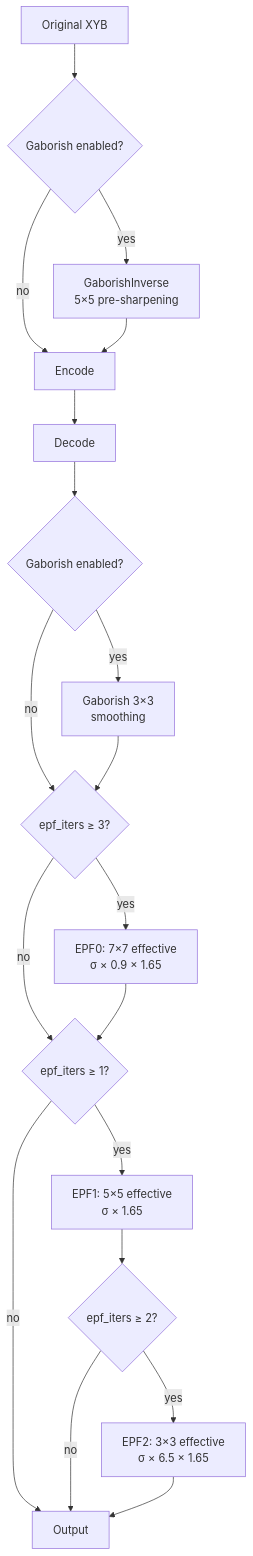
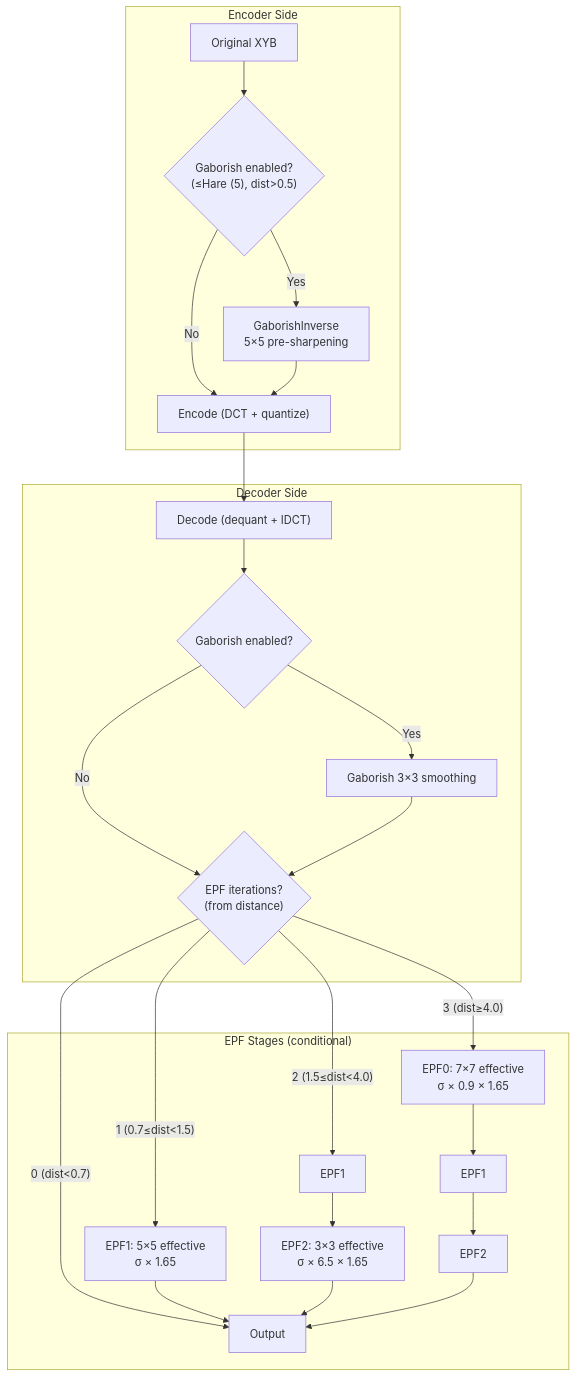
The diagram in docs/src/perceptual/gaborish.md (imazen/libjxl), drawn with Mermaid before and after one commit. The commit also changed 6 other files, not shown here.

First line of the commit message:
docs: fix 7 Mermaid diagrams to show loops, subgraphs, and decisions

````diff
--- a/docs/src/perceptual/gaborish.md
+++ b/docs/src/perceptual/gaborish.md
@@ -3,21 +3,25 @@
 ```mermaid
 flowchart TD
-    ORIG["Original XYB"] --> GINV{"Gaborish enabled?"}
-    GINV -->|yes| SHARP["GaborishInverse<br/>5×5 pre-sharpening"]
-    GINV -->|no| ENC["Encode"]
-    SHARP --> ENC
-    ENC --> DEC["Decode"]
-    DEC --> GAB{"Gaborish enabled?"}
-    GAB -->|yes| SMOOTH["Gaborish 3×3<br/>smoothing"]
-    GAB -->|no| EPF0
-    SMOOTH --> EPF0{"epf_iters ≥ 3?"}
-    EPF0 -->|yes| E0["EPF0: 7×7 effective<br/>σ × 0.9 × 1.65"]
-    EPF0 -->|no| EPF1
-    E0 --> EPF1{"epf_iters ≥ 1?"}
-    EPF1 -->|yes| E1["EPF1: 5×5 effective<br/>σ × 1.65"]
-    EPF1 -->|no| OUT["Output"]
-    E1 --> EPF2{"epf_iters ≥ 2?"}
-    EPF2 -->|yes| E2["EPF2: 3×3 effective<br/>σ × 6.5 × 1.65"]
-    EPF2 -->|no| OUT
-    E2 --> OUT
+    subgraph "Encoder Side"
+        ORIG["Original XYB"] --> GINV{"Gaborish enabled?<br/>(≤Hare (5), dist>0.5)"}
+        GINV -->|Yes| SHARP["GaborishInverse<br/>5×5 pre-sharpening"]
+        GINV -->|No| ENC["Encode (DCT + quantize)"]
+        SHARP --> ENC
+    end
+    subgraph "Decoder Side"
+        ENC --> DEC["Decode (dequant + IDCT)"]
+        DEC --> GAB{"Gaborish enabled?"}
+        GAB -->|Yes| SMOOTH["Gaborish 3×3 smoothing"]
+        GAB -->|No| EPF_GATE
+        SMOOTH --> EPF_GATE{"EPF iterations?<br/>(from distance)"}
+    end
+    subgraph "EPF Stages (conditional)"
+        EPF_GATE -->|"0 (dist<0.7)"| OUT["Output"]
+        EPF_GATE -->|"1 (0.7≤dist<1.5)"| E1["EPF1: 5×5 effective<br/>σ × 1.65"]
+        EPF_GATE -->|"2 (1.5≤dist<4.0)"| E1_2["EPF1"] --> E2_2["EPF2: 3×3 effective<br/>σ × 6.5 × 1.65"]
+        EPF_GATE -->|"3 (dist≥4.0)"| E0["EPF0: 7×7 effective<br/>σ × 0.9 × 1.65"] --> E1_3["EPF1"] --> E2_3["EPF2"]
+        E1 --> OUT
+        E2_2 --> OUT
+        E2_3 --> OUT
+    end
 ```
````
